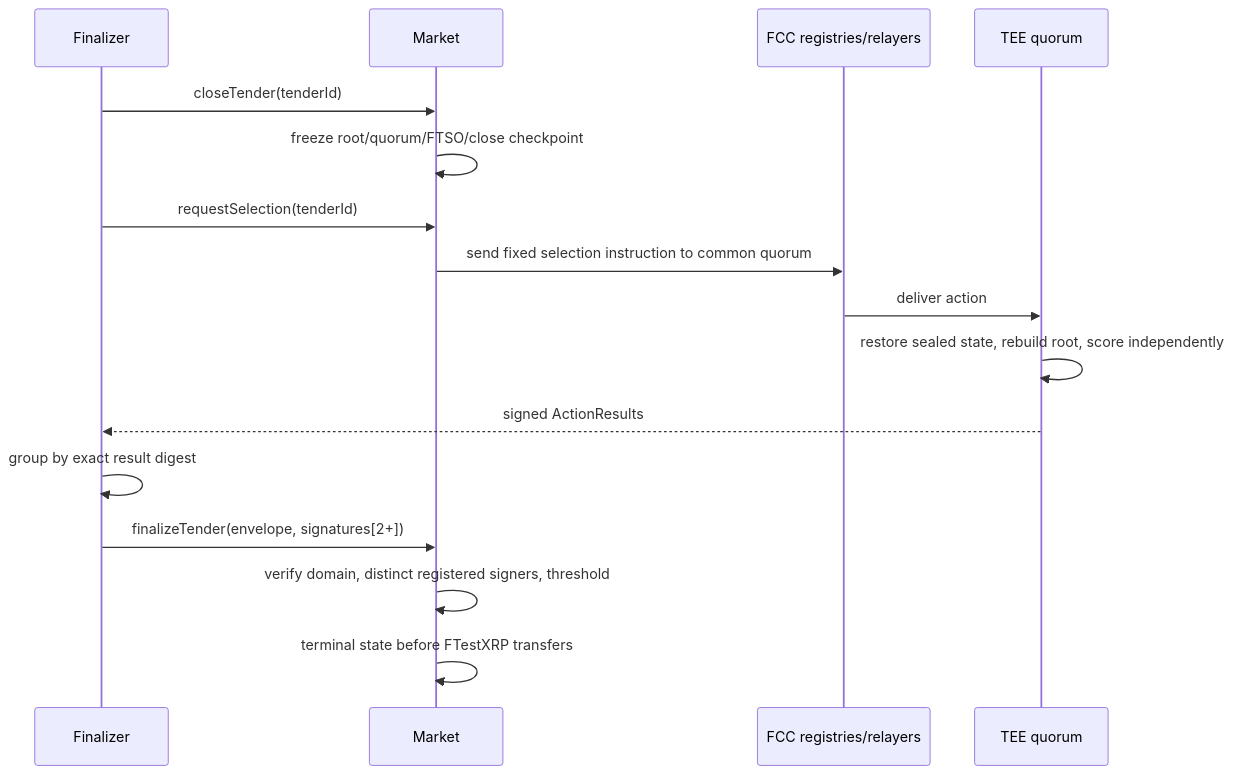
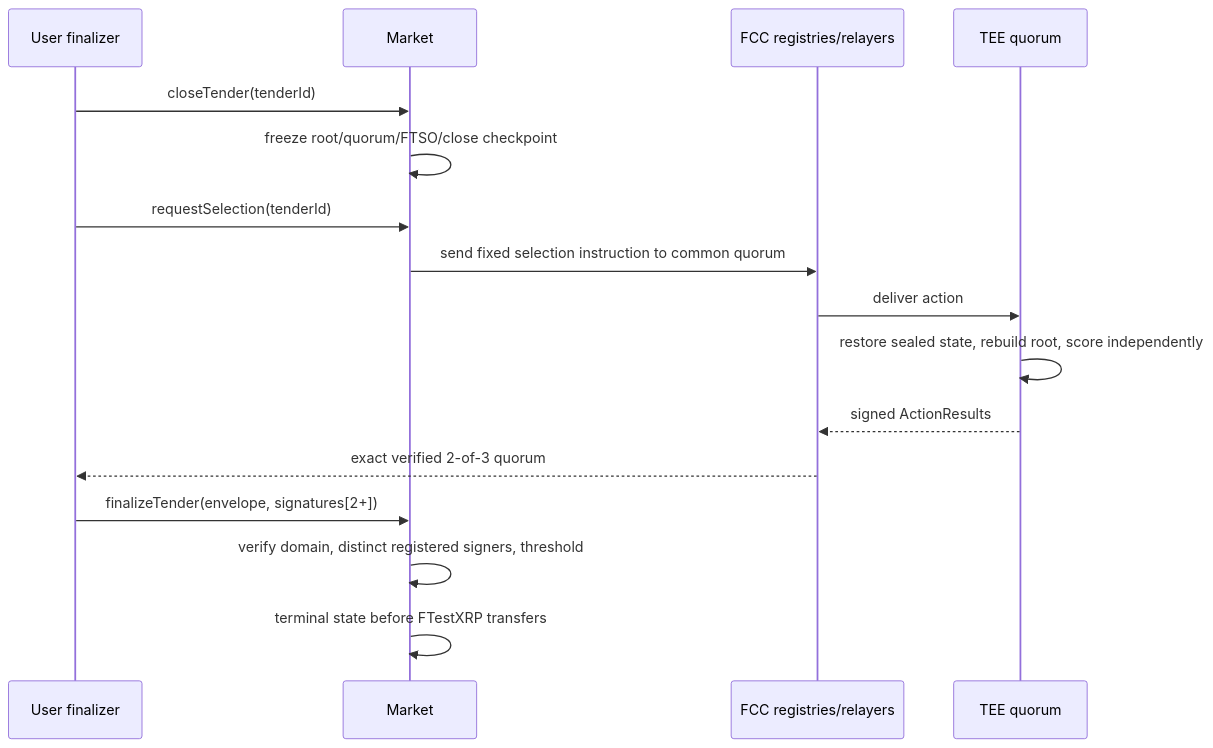
Before and after one commit to huutrungle2001/flare-quorum: the second of 2 diagrams in docs/architecture.md, drawn with Mermaid. The commit also changed other lines of this file and 14 other files, not shown here.

````diff
--- a/docs/architecture.md
+++ b/docs/architecture.md
@@ -168,19 +168,19 @@
 ```mermaid
 sequenceDiagram
-    participant F as Finalizer
+    participant F as User finalizer
     participant M as Market
     participant R as FCC registries/relayers
     participant T as TEE quorum
 
     F->>M: closeTender(tenderId)
     M->>M: freeze root/quorum/FTSO/close checkpoint
     F->>M: requestSelection(tenderId)
     M->>R: send fixed selection instruction to common quorum
     R->>T: deliver action
     T->>T: restore sealed state, rebuild root, score independently
-    T-->>F: signed ActionResults
-    F->>F: group by exact result digest
+    T-->>R: signed ActionResults
+    R-->>F: exact verified 2-of-3 quorum
     F->>M: finalizeTender(envelope, signatures[2+])
     M->>M: verify domain, distinct registered signers, threshold
     M->>M: terminal state before FTestXRP transfers
 ```
````
